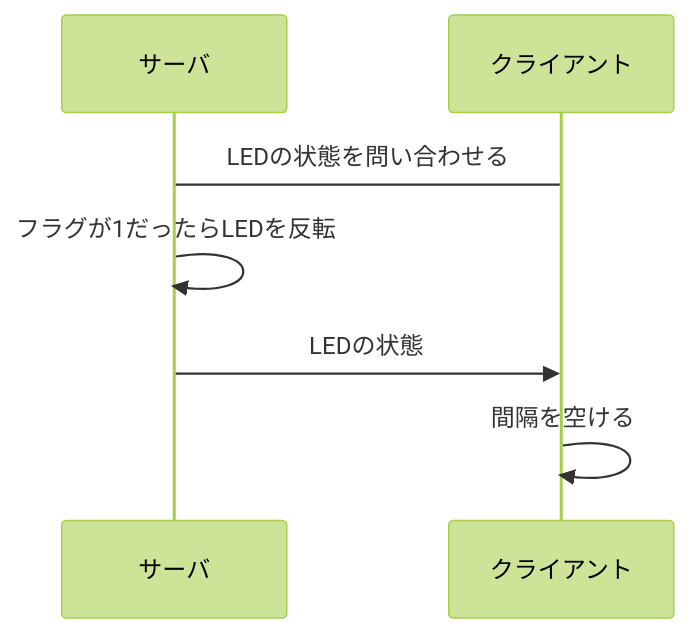
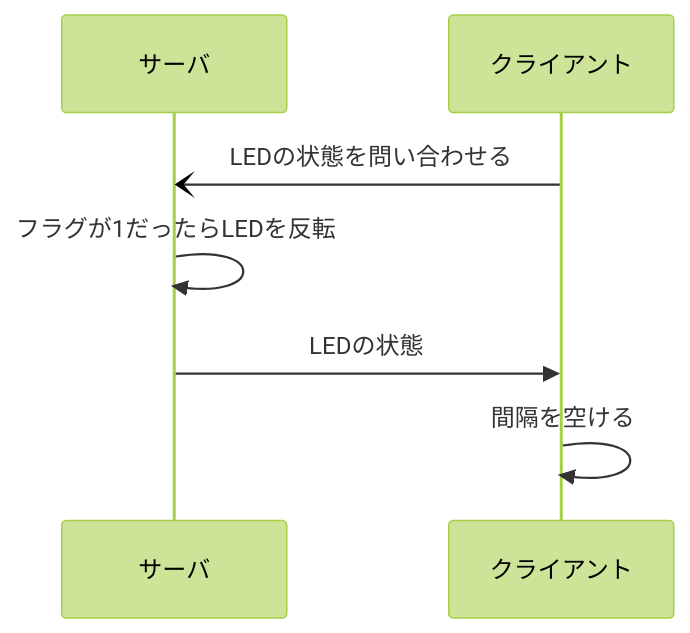
Before and after one commit to asa1729/webpro_06: the fifth of 5 diagrams in README.md, drawn with Mermaid (forest theme).

````diff
--- a/README.md
+++ b/README.md
@@ -298,12 +298,12 @@
 ```mermaid
 sequenceDiagram
     participant A as サーバ
     participant B as クライアント
 
 
-    B->A: LEDの状態を問い合わせる
+    B-)A: LEDの状態を問い合わせる
     A->>A: フラグが1だったらLEDを反転
     A->>B: LEDの状態
     B->>B: 間隔を空ける
 
 ```
````
